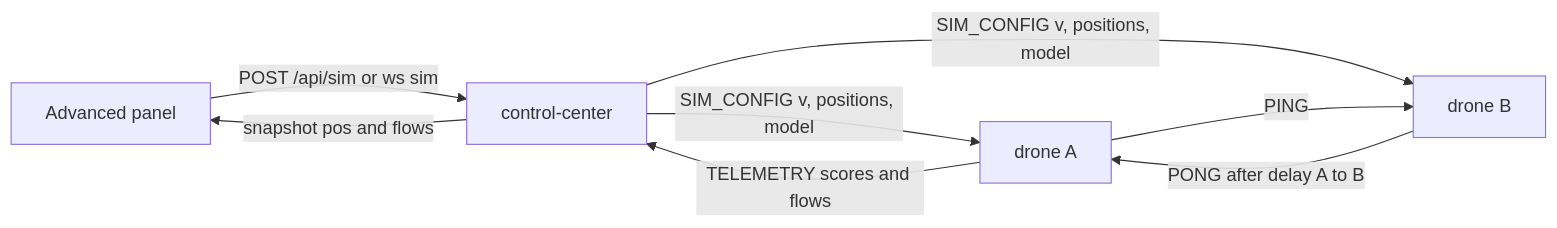
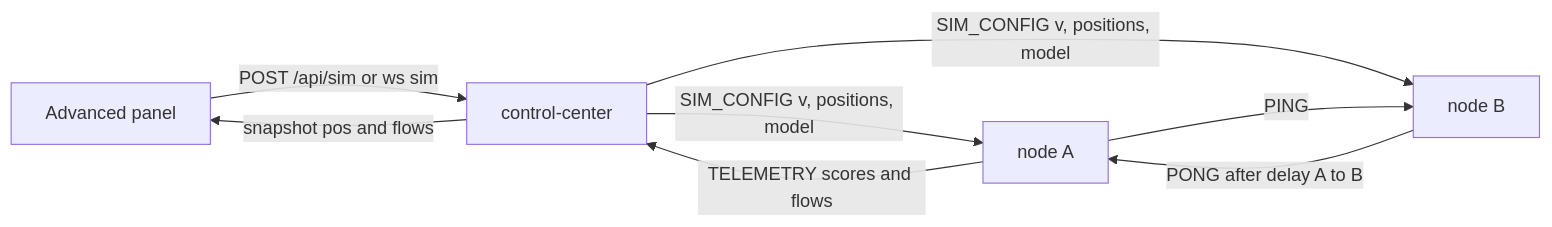
One commit to Aditya-Jyoti/swarm-communication changed the eighth of 9 diagrams in docs/WORKLOG.md. Above: the diagram before and after it, drawn with Mermaid. The commit also changed other lines of this file and 40 other files, not shown here.

````diff
--- a/docs/WORKLOG.md
+++ b/docs/WORKLOG.md
@@ -1264,10 +1264,10 @@
 ```mermaid
 flowchart LR
     UI[Advanced panel] -->|"POST /api/sim or ws sim"| CC[control-center]
-    CC -->|"SIM_CONFIG v, positions, model"| A[drone A]
-    CC -->|"SIM_CONFIG v, positions, model"| B[drone B]
+    CC -->|"SIM_CONFIG v, positions, model"| A[node A]
+    CC -->|"SIM_CONFIG v, positions, model"| B[node B]
     A -->|PING| B
     B -->|"PONG after delay A to B"| A
     A -->|"TELEMETRY scores and flows"| CC
     CC -->|"snapshot pos and flows"| UI
 ```
````
